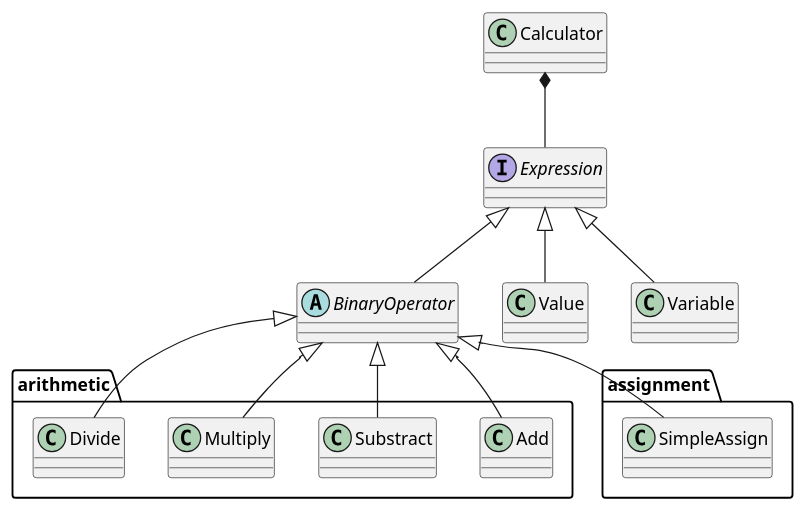
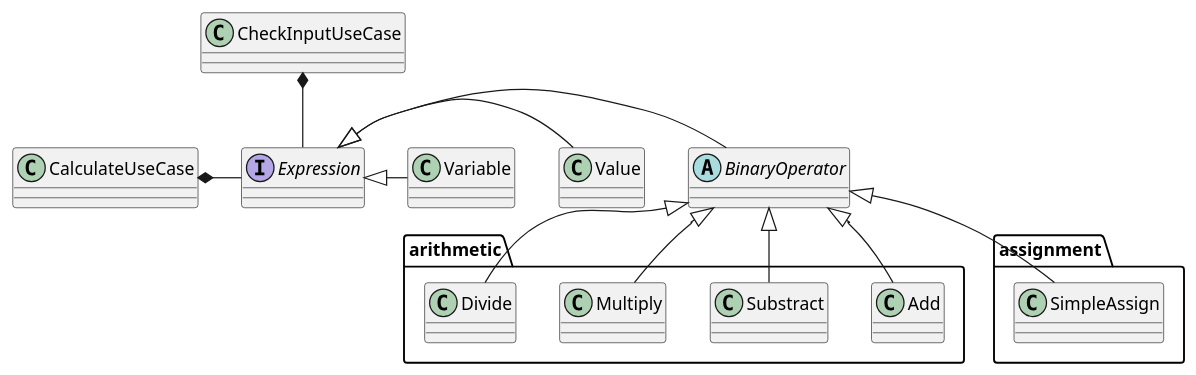
One commit to ue-sho/Calculator changed the diagram in doc/class_diagram.pu. Above: the diagram before and after it, drawn with PlantUML. The commit also changed 12 other files, not shown here.

```diff
--- a/doc/class_diagram.pu
+++ b/doc/class_diagram.pu
@@ -1,18 +1,19 @@
 @startuml class
 interface Expression
 abstract BinaryOperator
 
-Calculator *-- Expression
-Expression <|-- BinaryOperator
-Expression <|-- Value
-Expression <|-- Variable
+CheckInputUseCase *-- Expression
+CalculateUseCase *- Expression
+Expression <|- BinaryOperator
+Expression <|- Value
+Expression <|- Variable
 package arithmetic {
     BinaryOperator <|-- Add
     BinaryOperator <|-- Substract
     BinaryOperator <|-- Multiply
     BinaryOperator <|-- Divide
 }
 package assignment {
     BinaryOperator <|-- SimpleAssign
 }
 @enduml
```
